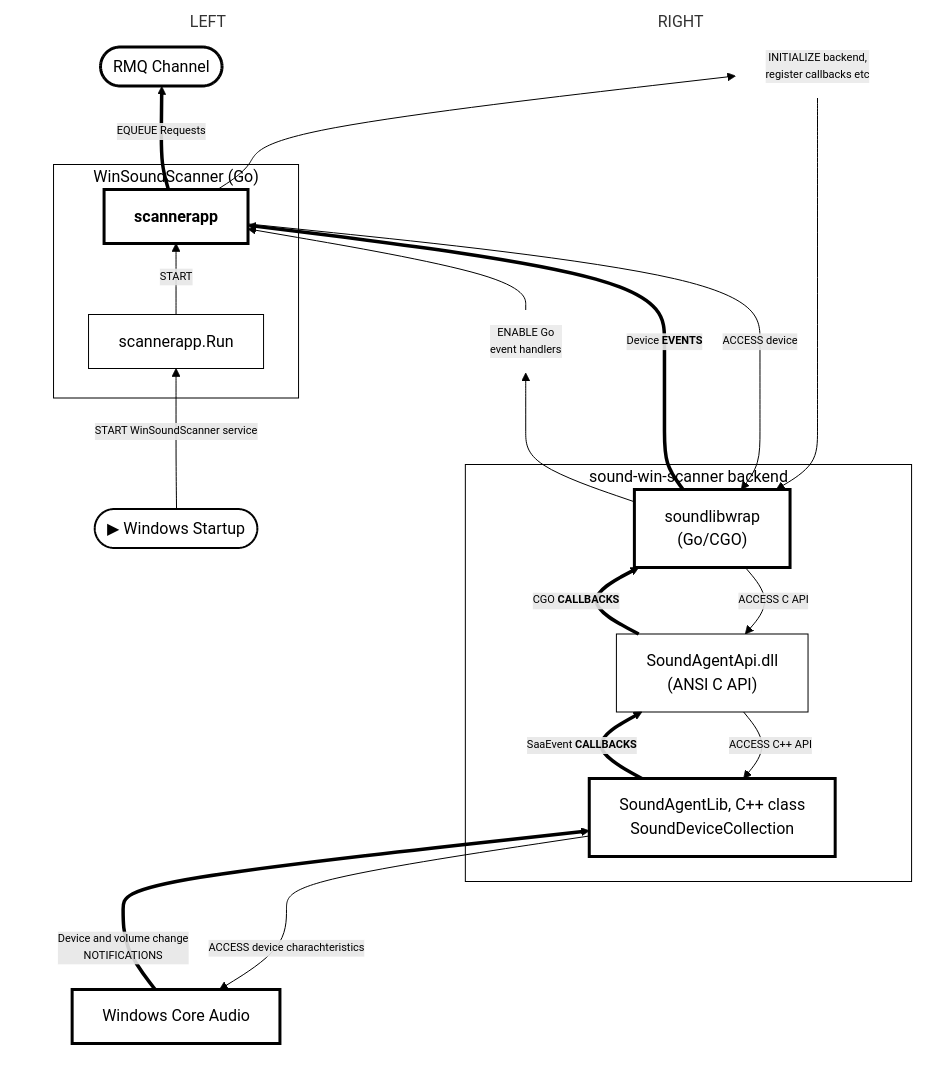
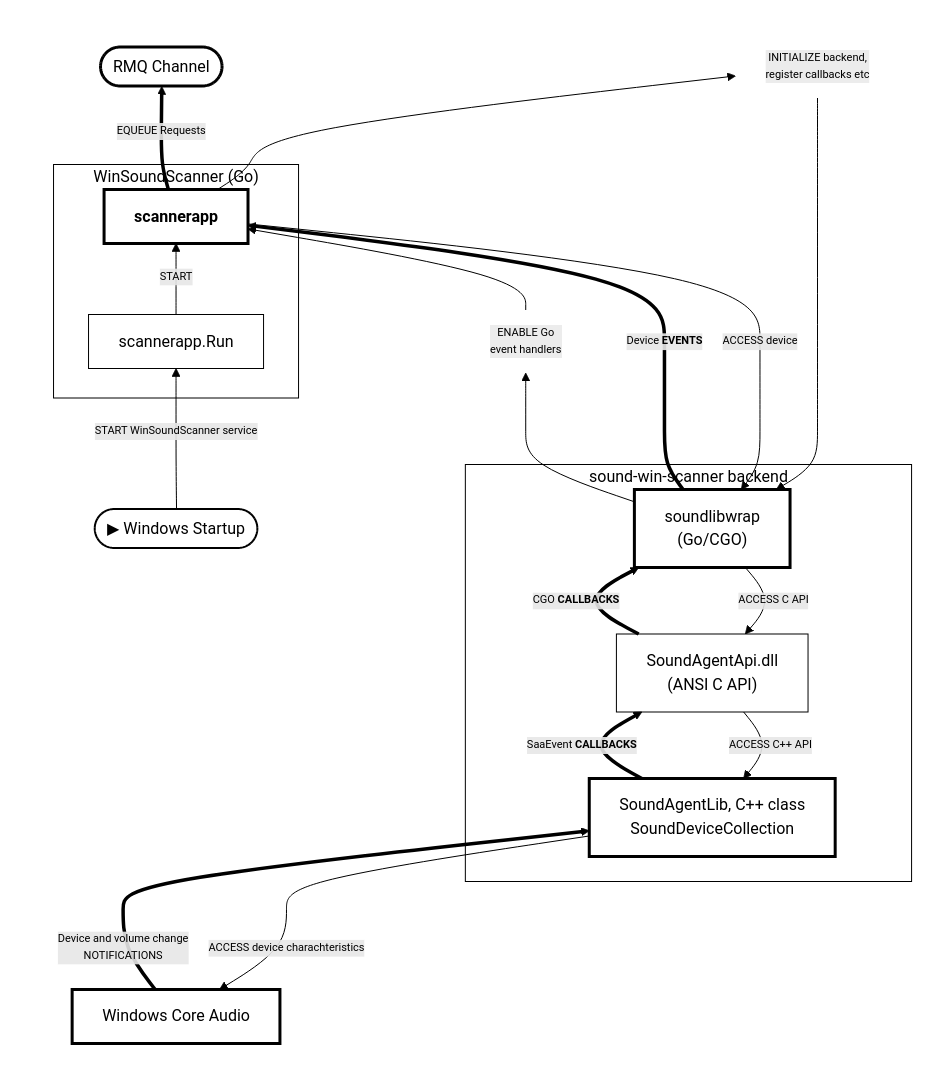
The diagram in docs/module-interaction02.mmd (collect-sound-devices/win-sound-dev-go-bridge), drawn with Mermaid before and after one commit. The commit also changed 1 other file, not shown here.

Commit message:
style: update subgraph labels for consistency in module interaction diagram

```diff
--- a/docs/module-interaction02.mmd
+++ b/docs/module-interaction02.mmd
@@ -1,56 +1,56 @@
 flowchart BT
   classDef edgeLabel fill:none,stroke:none,stroke-width:0px,color:currentColor,font-size:11px;
   classDef transparent fill:none,stroke:none;
 %%  classDef startPoint fill:#d4edda,stroke:#28a745,stroke-width:2px;
   classDef startPoint fill:transparent,stroke:currentColor,stroke-width:2px,color:currentColor;
   classDef default fill:transparent,stroke:currentColor,color:currentColor;
   classDef bold fill:transparent,stroke:currentColor,stroke-width:3px,color:currentColor;
   linkStyle default stroke:currentColor,color:currentColor;
-subgraph LEFT
+subgraph LEFT["#10;"]
   WIN["Windows Core Audio"]:::bold
 
   SRV(["▶ Windows Startup"]):::startPoint
 
   subgraph WS["WinSoundScanner (Go)"]
     RUN["scannerapp.Run"]
     APP["<b>scannerapp</b>"]:::bold
   end
   style WS fill:transparent,stroke:currentColor,color:currentColor
 
   CHAN(["RMQ Channel"]):::bold
 
   SRV --> |START WinSoundScanner service| RUN
   RUN --> |START| APP
 
   APP ==> |EQUEUE Requests| CHAN
 end
 class LEFT transparent
 
-subgraph RIGHT
+subgraph RIGHT["#10;"]
   subgraph BCK["sound-win-scanner backend"]
 	WRAP["soundlibwrap<br>(Go/CGO)"]:::bold
 	DLL["SoundAgentApi.dll<br>(ANSI C API)"]
 	LIB["SoundAgentLib, C++ class <br>SoundDeviceCollection"]:::bold
   end
   style BCK fill:transparent,stroke:currentColor,color:currentColor
 
   L_GO["ENABLE Go<br>event handlers"]:::edgeLabel
   L_INIT["INITIALIZE backend,<br/>register callbacks etc"]:::edgeLabel
 
   WRAP --> L_GO --> APP
   APP --> L_INIT --> WRAP
 
   APP --> |ACCESS device| WRAP
   WRAP ==> |Device <b>EVENTS</b>| APP 
 
   WRAP --> |ACCESS C API| DLL
   DLL --> |ACCESS C++ API| LIB
 
   LIB ==>|SaaEvent <b>CALLBACKS</b>| DLL
   DLL ==>|CGO <b>CALLBACKS</b>| WRAP
 
 end
 class RIGHT transparent
 
 WIN ==> |Device and volume change<br>NOTIFICATIONS| LIB
 LIB --> |ACCESS device charachteristics| WIN
```
